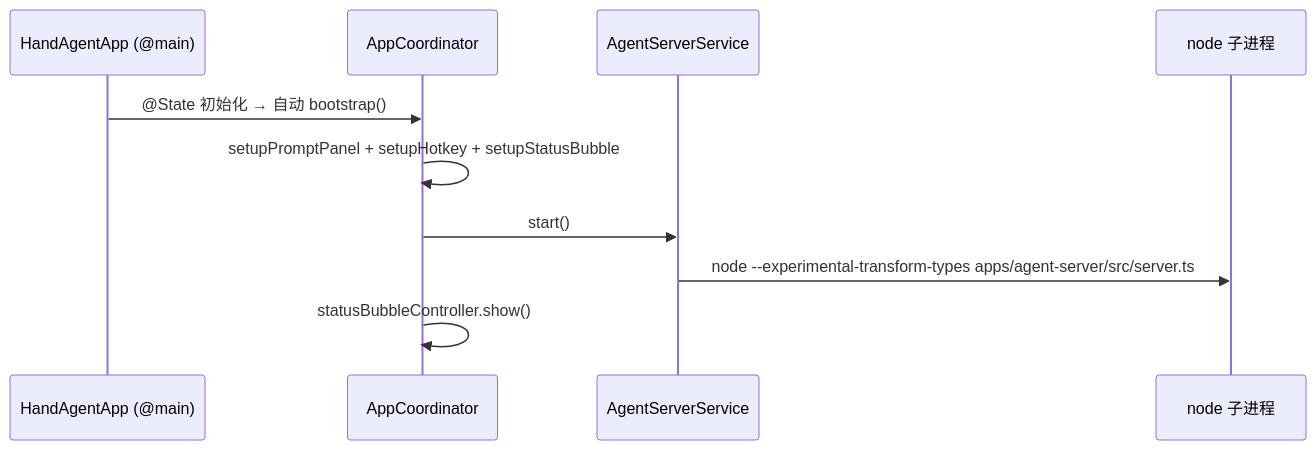
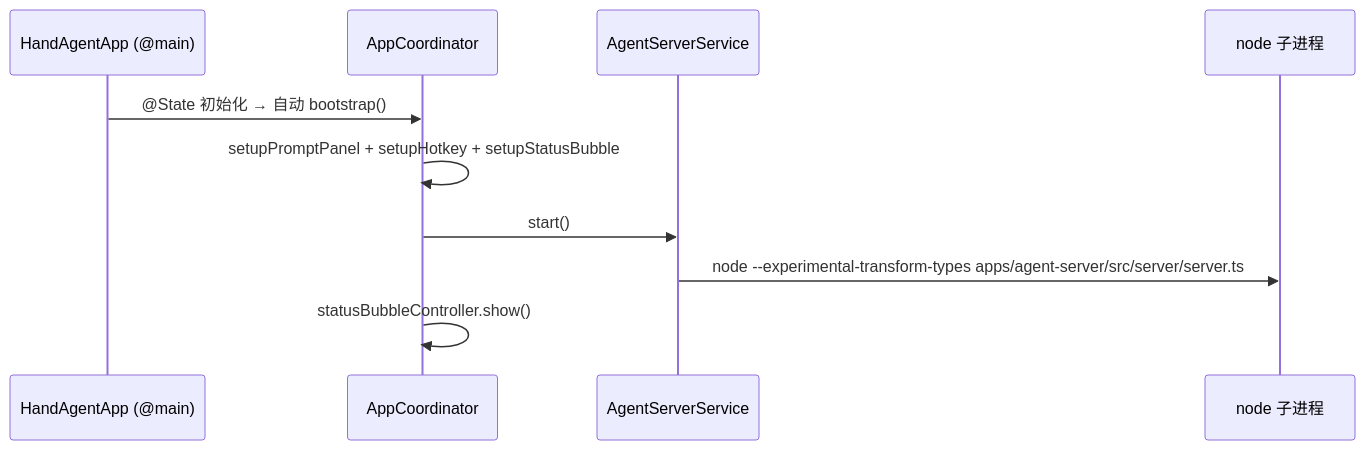
Before and after one commit to Lixuhang987/SpotAgent: the first of 2 diagrams in apps/desktop/desktop.md, drawn with Mermaid. The commit also changed 45 other files, not shown here.

Commit message:
refactor: split agent-server source directories

````diff
--- a/apps/desktop/desktop.md
+++ b/apps/desktop/desktop.md
@@ -84,13 +84,13 @@
 ```mermaid
 sequenceDiagram
   participant App as HandAgentApp (@main)
   participant Coord as AppCoordinator
   participant Server as AgentServerService
   participant Node as node 子进程
 
   App->>Coord: @State 初始化 → 自动 bootstrap()
   Coord->>Coord: setupPromptPanel + setupHotkey + setupStatusBubble
   Coord->>Server: start()
-  Server->>Node: node --experimental-transform-types apps/agent-server/src/server.ts
+  Server->>Node: node --experimental-transform-types apps/agent-server/src/server/server.ts
   Coord->>Coord: statusBubbleController.show()
 ```
````
